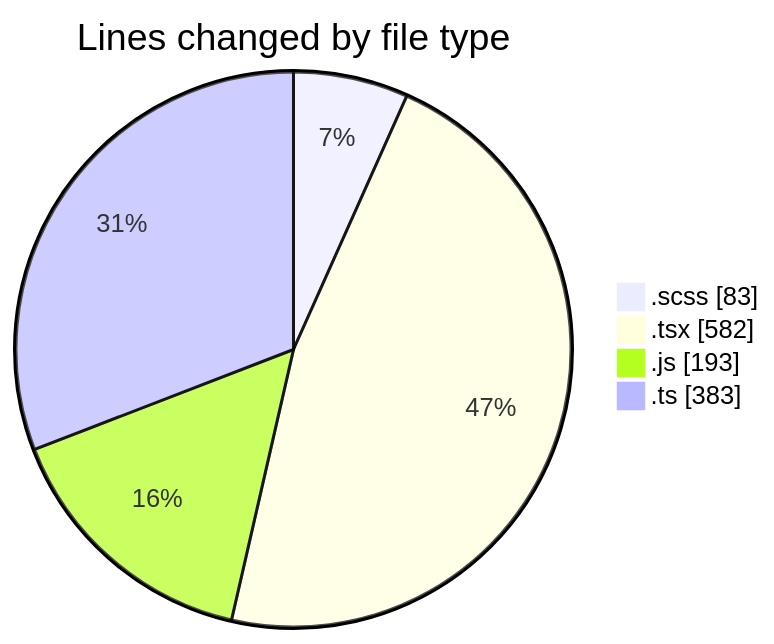
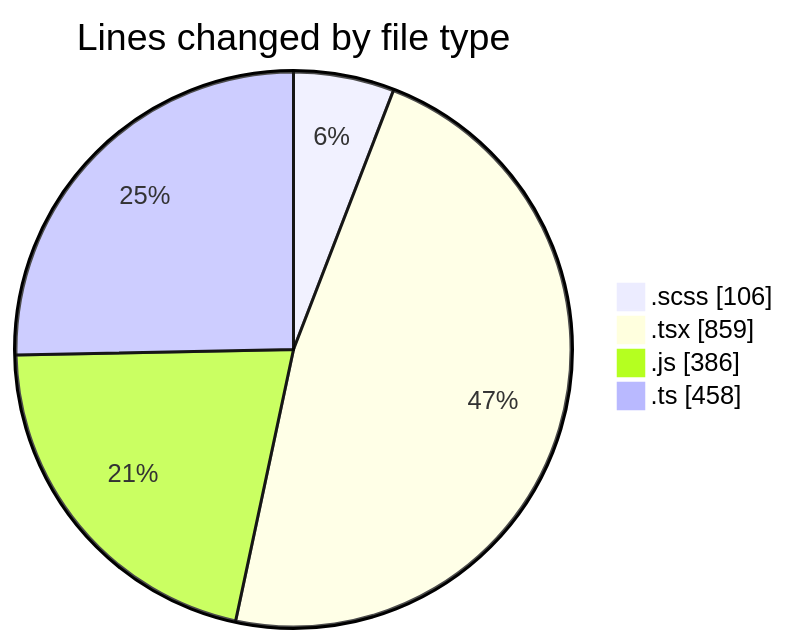
Before and after one commit to momahboobian/code-tracking: the first of 2 diagrams in 2025-03-14/cda/README.md, drawn with Mermaid. The commit also changed other lines of this file and 1 other file, not shown here.

````diff
--- a/2025-03-14/cda/README.md
+++ b/2025-03-14/cda/README.md
@@ -30,8 +34,8 @@
 ```mermaid
 pie showData
 title Lines changed by file type
-".scss" : 83
-".tsx" : 582
-".js" : 193
-".ts" : 383
+".scss" : 106
+".tsx" : 859
+".js" : 386
+".ts" : 458
 ```
````
